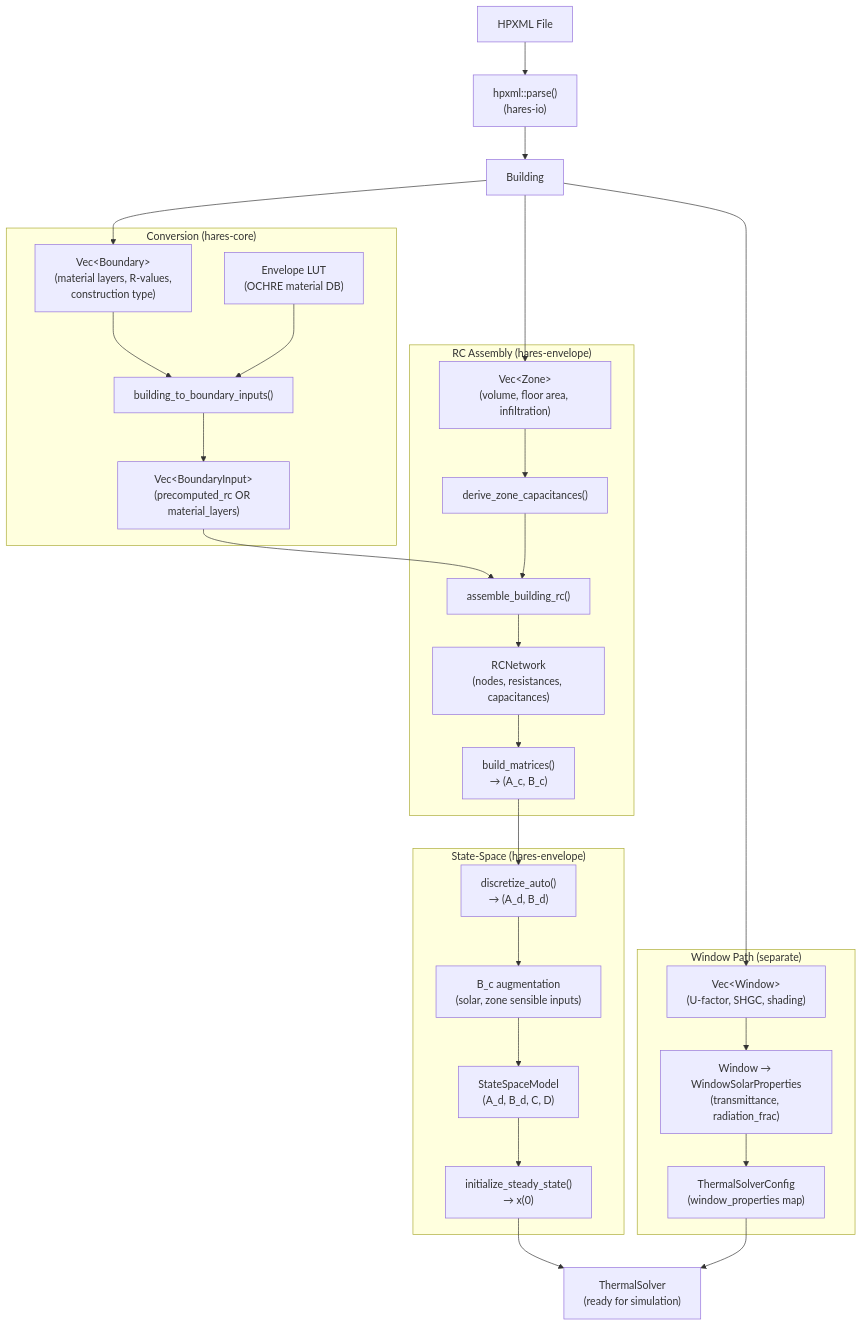
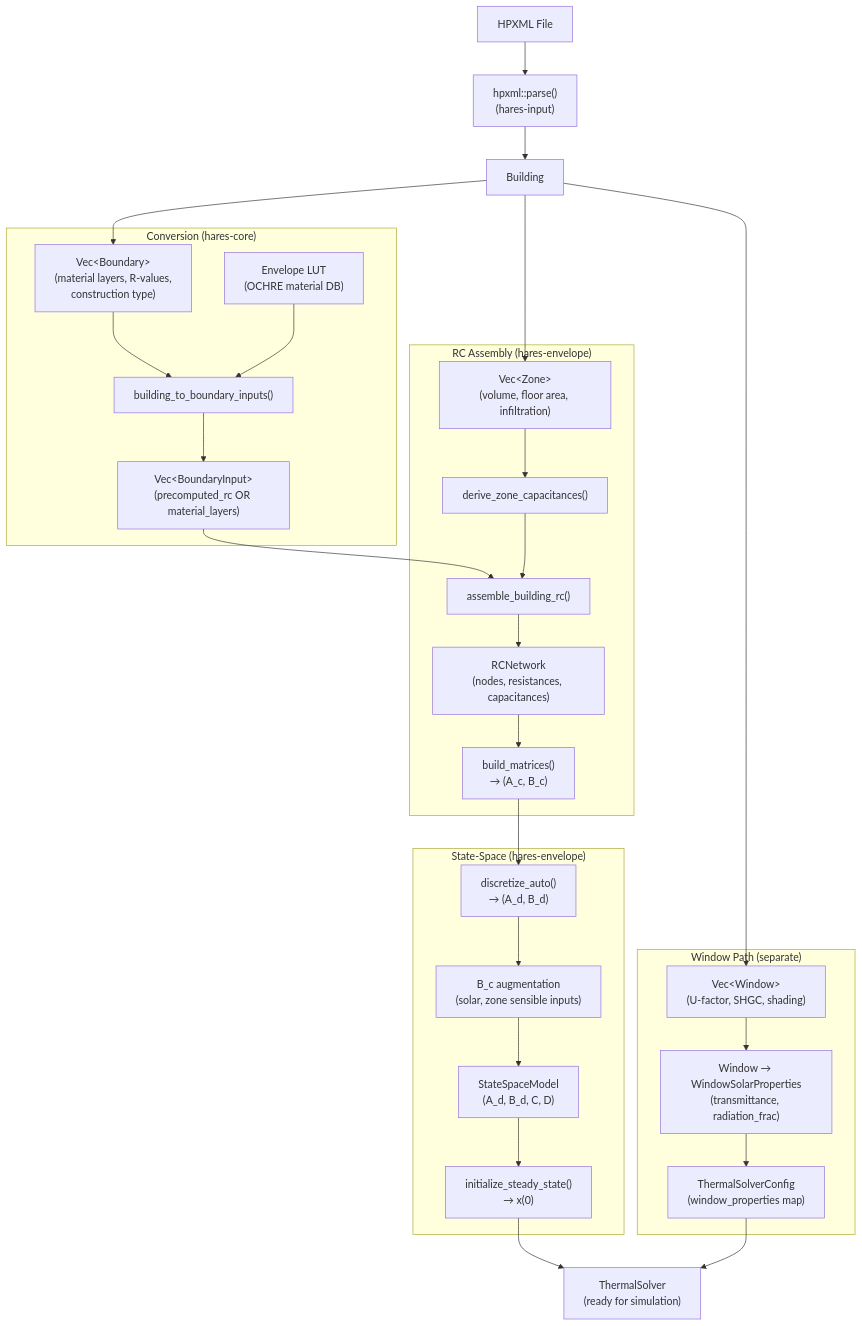
One commit to AZX-PBC-OSS/HARES changed the first of 3 diagrams in docs/equipment/envelope-construction.md. Above: the diagram before and after it, drawn with Mermaid. The commit also changed other lines of this file and 322 other files, not shown here.

````diff
--- a/docs/equipment/envelope-construction.md
+++ b/docs/equipment/envelope-construction.md
@@ -9,37 +9,37 @@
 ```mermaid
 graph TD
-    HPXML["HPXML File"] --> PARSE["hpxml::parse()<br/>(hares-io)"]
+    HPXML["HPXML File"] --> PARSE["hpxml::parse()<br/>(hares-input)"]
     PARSE --> BLDG["Building"]
     BLDG --> BOUND["Vec&lt;Boundary&gt;<br/>(material layers, R-values,<br/>construction type)"]
     BLDG --> WIN["Vec&lt;Window&gt;<br/>(U-factor, SHGC, shading)"]
     BLDG --> ZONES["Vec&lt;Zone&gt;<br/>(volume, floor area, infiltration)"]
 
     subgraph "Conversion (hares-core)"
         BOUND --> CONV["building_to_boundary_inputs()"]
         LUT["Envelope LUT<br/>(OCHRE material DB)"] --> CONV
         CONV --> BI["Vec&lt;BoundaryInput&gt;<br/>(precomputed_rc OR material_layers)"]
     end
 
     subgraph "RC Assembly (hares-envelope)"
         BI --> RCBUILD["assemble_building_rc()"]
         ZONES --> ZCAP["derive_zone_capacitances()"]
         ZCAP --> RCBUILD
         RCBUILD --> RCNET["RCNetwork<br/>(nodes, resistances, capacitances)"]
         RCNET --> MATRICES["build_matrices()<br/>→ (A_c, B_c)"]
     end
 
     subgraph "State-Space (hares-envelope)"
         MATRICES --> DISC["discretize_auto()<br/>→ (A_d, B_d)"]
         DISC --> AUGMENT["B_c augmentation<br/>(solar, zone sensible inputs)"]
         AUGMENT --> SSM["StateSpaceModel<br/>(A_d, B_d, C, D)"]
         SSM --> INIT["initialize_steady_state()<br/>→ x(0)"]
     end
 
     subgraph "Window Path (separate)"
         WIN --> WCONV["Window → WindowSolarProperties<br/>(transmittance, radiation_frac)"]
         WCONV --> TCFG["ThermalSolverConfig<br/>(window_properties map)"]
     end
 
     INIT --> TS["ThermalSolver<br/>(ready for simulation)"]
     TCFG --> TS
 ```
````
